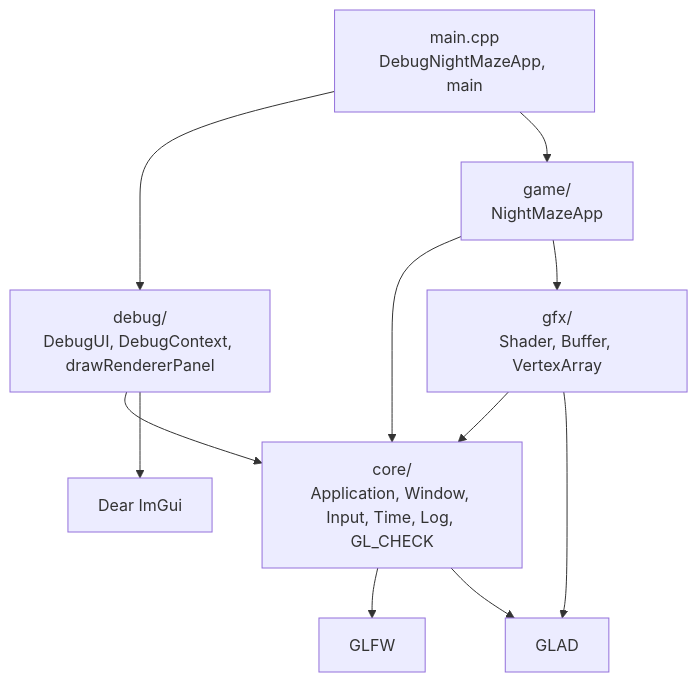
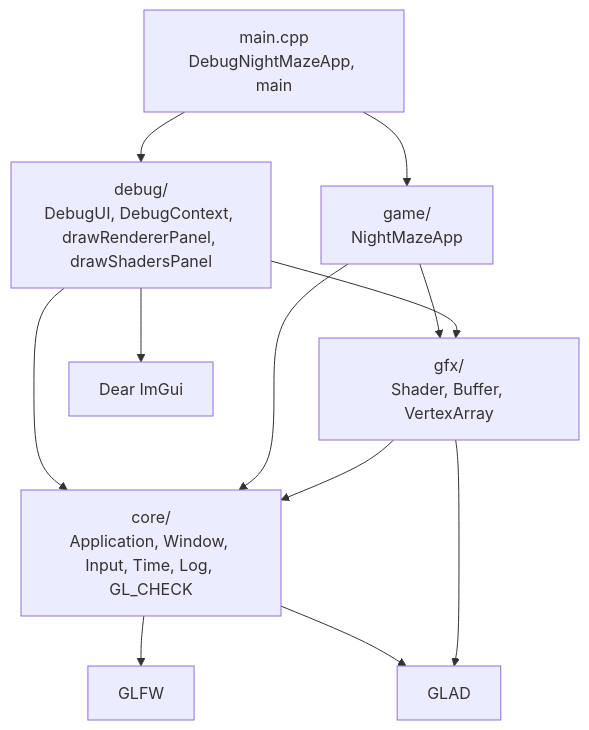
One commit to Shironex/night-maze changed the first of 3 diagrams in docs/modules/core/README.md. Above: the diagram before and after it, drawn with Mermaid. The commit also changed other lines of this file and 22 other files, not shown here.

First line of the commit message:
feat(debug): add Shaders panel with reload button

````diff
--- a/docs/modules/core/README.md
+++ b/docs/modules/core/README.md
@@ -44,13 +44,14 @@
 ```mermaid
 flowchart TD
-    Main["main.cpp<br/>DebugNightMazeApp, main"] --> Debug["debug/<br/>DebugUI, DebugContext, drawRendererPanel"]
+    Main["main.cpp<br/>DebugNightMazeApp, main"] --> Debug["debug/<br/>DebugUI, DebugContext, drawRendererPanel, drawShadersPanel"]
     Main --> Game["game/<br/>NightMazeApp"]
     Debug --> Core["core/<br/>Application, Window, Input, Time, Log, GL_CHECK"]
     Game --> Core
     Game --> Gfx
+    Debug --> Gfx
     Gfx["gfx/<br/>Shader, Buffer, VertexArray"] --> Core
     Debug --> ImGui["Dear ImGui"]
     Core --> Glfw["GLFW"]
     Core --> Glad["GLAD"]
     Gfx --> Glad
 ```
````
